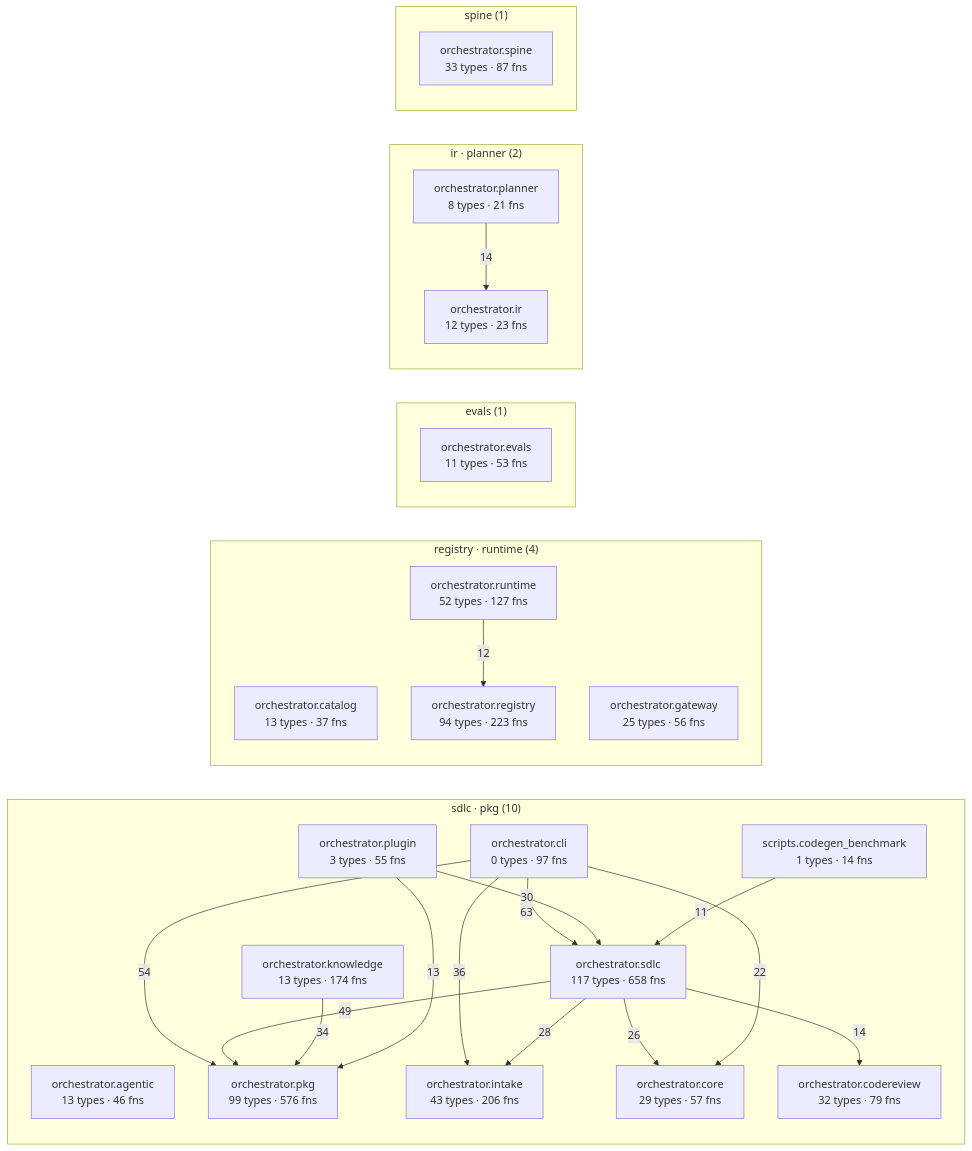
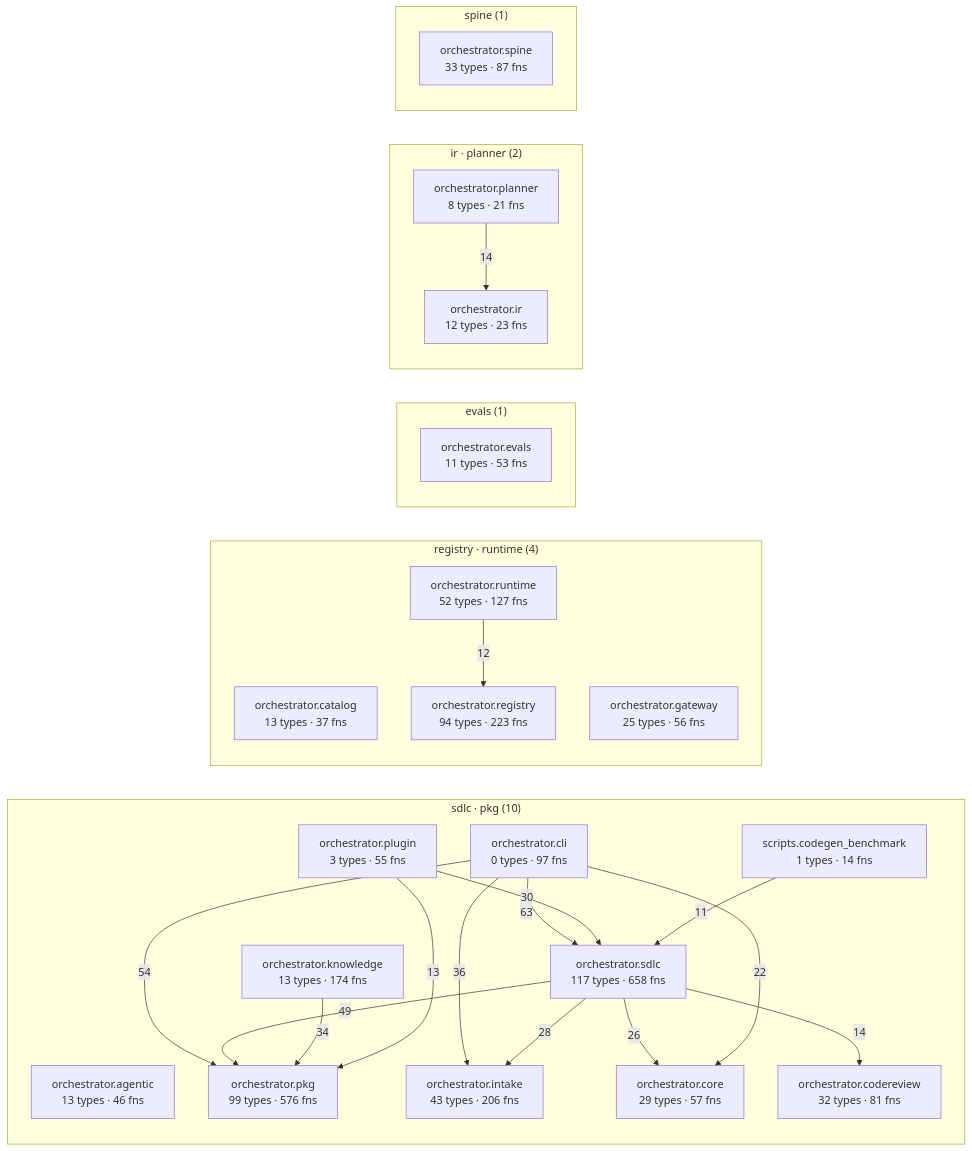
One commit to synaptixs/spine changed the diagram in episteme/architecture.md. Above: the diagram before and after it, drawn with Mermaid. The commit also changed other lines of this file and 5 other files, not shown here.

````diff
--- a/episteme/architecture.md
+++ b/episteme/architecture.md
@@ -54,45 +54,45 @@
 ```mermaid
 flowchart LR
   subgraph c_1["sdlc · pkg (10)"]
     aorchestratoragentic["orchestrator.agentic<br/>13 types · 46 fns"]
     aorchestratorcli["orchestrator.cli<br/>0 types · 97 fns"]
-    aorchestratorcodereview["orchestrator.codereview<br/>32 types · 79 fns"]
+    aorchestratorcodereview["orchestrator.codereview<br/>32 types · 81 fns"]
     aorchestratorcore["orchestrator.core<br/>29 types · 57 fns"]
     aorchestratorintake["orchestrator.intake<br/>43 types · 206 fns"]
     aorchestratorknowledge["orchestrator.knowledge<br/>13 types · 174 fns"]
     aorchestratorpkg["orchestrator.pkg<br/>99 types · 576 fns"]
     aorchestratorplugin["orchestrator.plugin<br/>3 types · 55 fns"]
     aorchestratorsdlc["orchestrator.sdlc<br/>117 types · 658 fns"]
     ascriptscodegenbenchmark["scripts.codegen_benchmark<br/>1 types · 14 fns"]
   end
   subgraph c_3["registry · runtime (4)"]
     aorchestratorcatalog["orchestrator.catalog<br/>13 types · 37 fns"]
     aorchestratorgateway["orchestrator.gateway<br/>25 types · 56 fns"]
     aorchestratorregistry["orchestrator.registry<br/>94 types · 223 fns"]
     aorchestratorruntime["orchestrator.runtime<br/>52 types · 127 fns"]
   end
   subgraph c_5["evals (1)"]
     aorchestratorevals["orchestrator.evals<br/>11 types · 53 fns"]
   end
   subgraph c_7["ir · planner (2)"]
     aorchestratorir["orchestrator.ir<br/>12 types · 23 fns"]
     aorchestratorplanner["orchestrator.planner<br/>8 types · 21 fns"]
   end
   subgraph c_10["spine (1)"]
     aorchestratorspine["orchestrator.spine<br/>33 types · 87 fns"]
   end
   aorchestratorcli -->|63| aorchestratorsdlc
   aorchestratorcli -->|54| aorchestratorpkg
   aorchestratorsdlc -->|49| aorchestratorpkg
   aorchestratorcli -->|36| aorchestratorintake
   aorchestratorknowledge -->|34| aorchestratorpkg
   aorchestratorplugin -->|30| aorchestratorsdlc
   aorchestratorsdlc -->|28| aorchestratorintake
   aorchestratorsdlc -->|26| aorchestratorcore
   aorchestratorcli -->|22| aorchestratorcore
   aorchestratorplanner -->|14| aorchestratorir
   aorchestratorsdlc -->|14| aorchestratorcodereview
   aorchestratorplugin -->|13| aorchestratorpkg
   aorchestratorruntime -->|12| aorchestratorregistry
   ascriptscodegenbenchmark -->|11| aorchestratorsdlc
 ```
````
